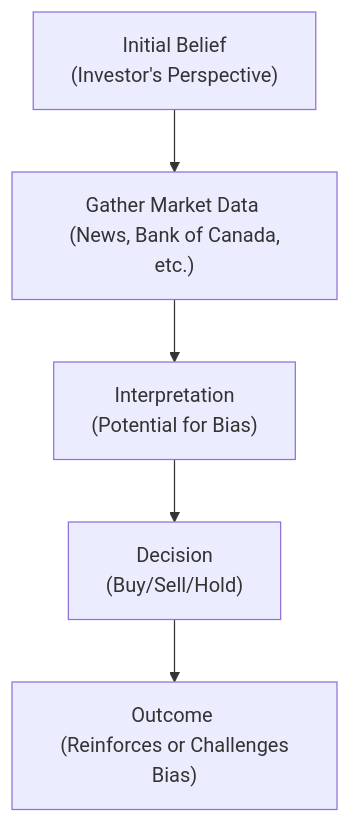
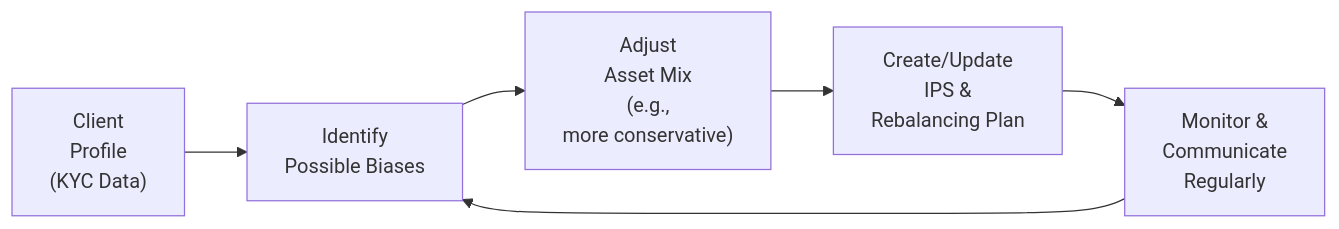
The diagram in content/ifc/5/3/index.md (MasteryEducation/SecuritiesExamsMastery.ca), drawn with Mermaid before and after one commit. The commit also changed other lines of this file and 130 other files, not shown here.

````diff
--- a/content/ifc/5/3/index.md
+++ b/content/ifc/5/3/index.md
@@ -132,7 +61,8 @@
 ```mermaid
-flowchart TB
-    A["Initial Belief <br/> (Investor's Perspective)"] --> B["Gather Market Data <br/> (News, Bank of Canada, etc.)"]
-    B --> C["Interpretation <br/> (Potential for Bias)"]
-    C --> D["Decision <br/> (Buy/Sell/Hold)"]
-    D --> E["Outcome <br/> (Reinforces or Challenges Bias)"]
+flowchart LR
+    A["Client <br/>Profile <br/>(KYC Data)"] --> B["Identify <br/>Possible Biases"]
+    B --> C["Adjust <br/>Asset Mix <br/>(e.g., <br/>more conservative)"]
+    C --> D["Create/Update <br/>IPS & <br/>Rebalancing Plan"]
+    D --> E["Monitor & <br/>Communicate <br/>Regularly"]
+    E --> B
 ```
````
